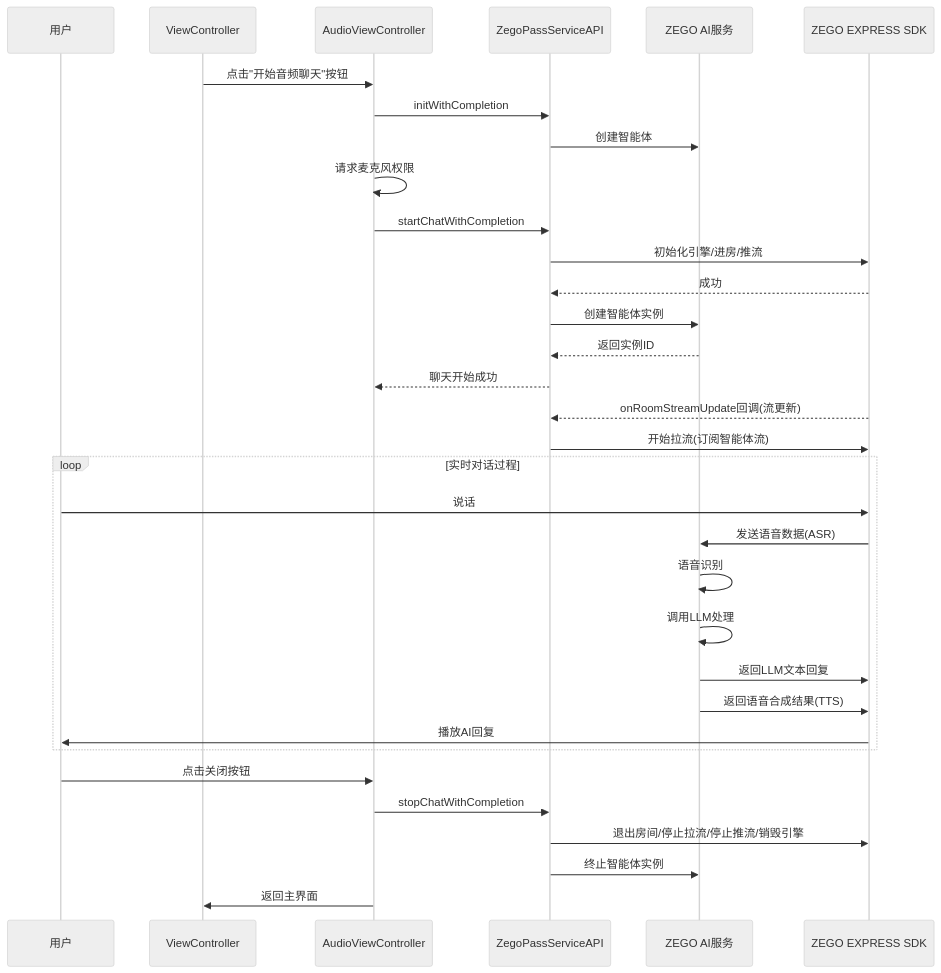
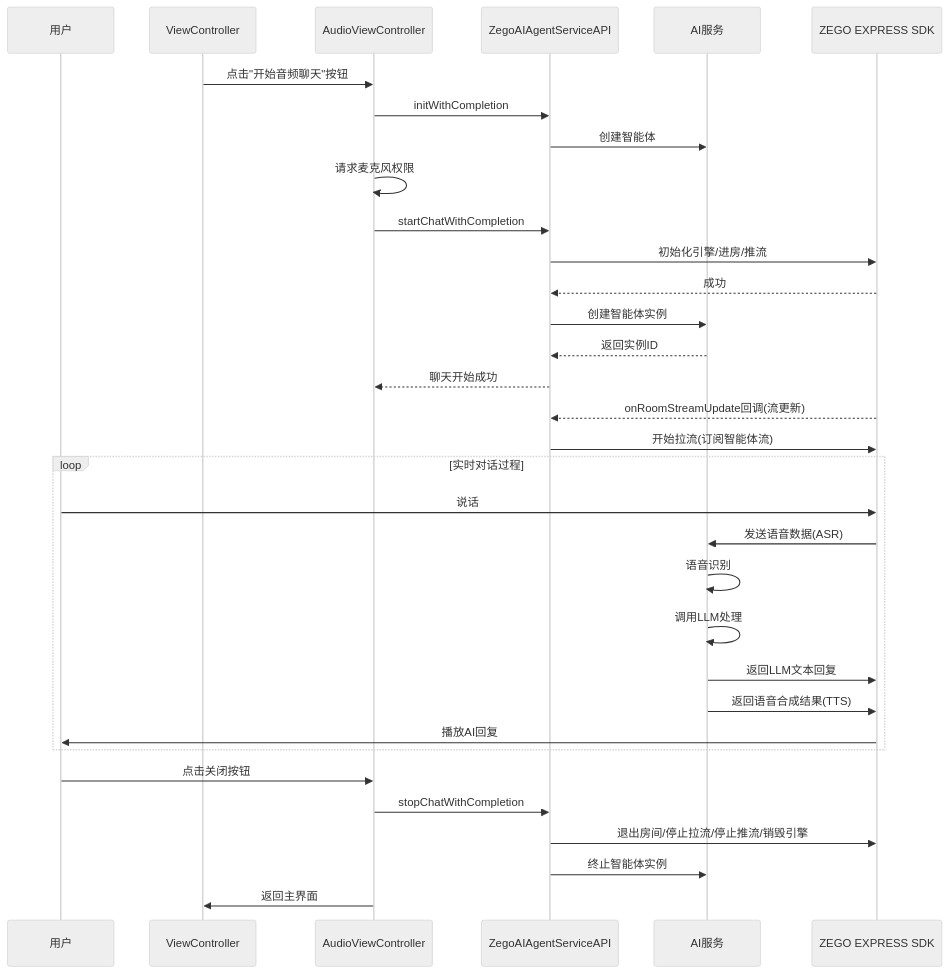
One commit to ZEGOCLOUD/ai_agent_quick_start changed the diagram in ios/README.md. Above: the diagram before and after it, drawn with Mermaid (neutral theme). The commit also changed other lines of this file and 37 other files, not shown here.

Commit message:
替换pass后台相关代码，使用[quick start后台](https://github.com/zegoim/aiagent-server-quickstart-sample)

````diff
--- a/ios/README.md
+++ b/ios/README.md
@@ -54,38 +53,38 @@
 ```mermaid
 sequenceDiagram
     participant User as 用户
     participant VC as ViewController
     participant AudioVC as AudioViewController
-    participant PassAPI as ZegoPassServiceAPI
-    participant PassServer as ZEGO AI服务
+    participant ServiceAPI as ZegoAIAgentServiceAPI
+    participant PassServer as AI服务
     participant Express as ZEGO EXPRESS SDK
 
     VC->>AudioVC: 点击"开始音频聊天"按钮
-    AudioVC->>PassAPI: initWithCompletion
-    PassAPI->>PassServer: 创建智能体
+    AudioVC->>ServiceAPI: initWithCompletion
+    ServiceAPI->>PassServer: 创建智能体
     AudioVC->>AudioVC: 请求麦克风权限
-    AudioVC->>PassAPI: startChatWithCompletion
-    PassAPI->>Express: 初始化引擎/进房/推流
-    Express-->>PassAPI: 成功
-    PassAPI->>PassServer: 创建智能体实例
-    PassServer-->>PassAPI: 返回实例ID
-    PassAPI-->>AudioVC: 聊天开始成功
-    Express-->>PassAPI: onRoomStreamUpdate回调(流更新)
-    PassAPI->>Express: 开始拉流(订阅智能体流)
+    AudioVC->>ServiceAPI: startChatWithCompletion
+    ServiceAPI->>Express: 初始化引擎/进房/推流
+    Express-->>ServiceAPI: 成功
+    ServiceAPI->>PassServer: 创建智能体实例
+    PassServer-->>ServiceAPI: 返回实例ID
+    ServiceAPI-->>AudioVC: 聊天开始成功
+    Express-->>ServiceAPI: onRoomStreamUpdate回调(流更新)
+    ServiceAPI->>Express: 开始拉流(订阅智能体流)
   
     loop 实时对话过程
         User->>Express: 说话
         Express->>PassServer: 发送语音数据(ASR)
         PassServer->>PassServer: 语音识别
         PassServer->>PassServer: 调用LLM处理
         PassServer->>Express: 返回LLM文本回复
         PassServer->>Express: 返回语音合成结果(TTS)
        Express->>User: 播放AI回复
     end
   
     User->>AudioVC: 点击关闭按钮
-    AudioVC->>PassAPI: stopChatWithCompletion
-    PassAPI->>Express: 退出房间/停止拉流/停止推流/销毁引擎
-    PassAPI->>PassServer: 终止智能体实例
+    AudioVC->>ServiceAPI: stopChatWithCompletion
+    ServiceAPI->>Express: 退出房间/停止拉流/停止推流/销毁引擎
+    ServiceAPI->>PassServer: 终止智能体实例
     AudioVC->>VC: 返回主界面
 ```
````
